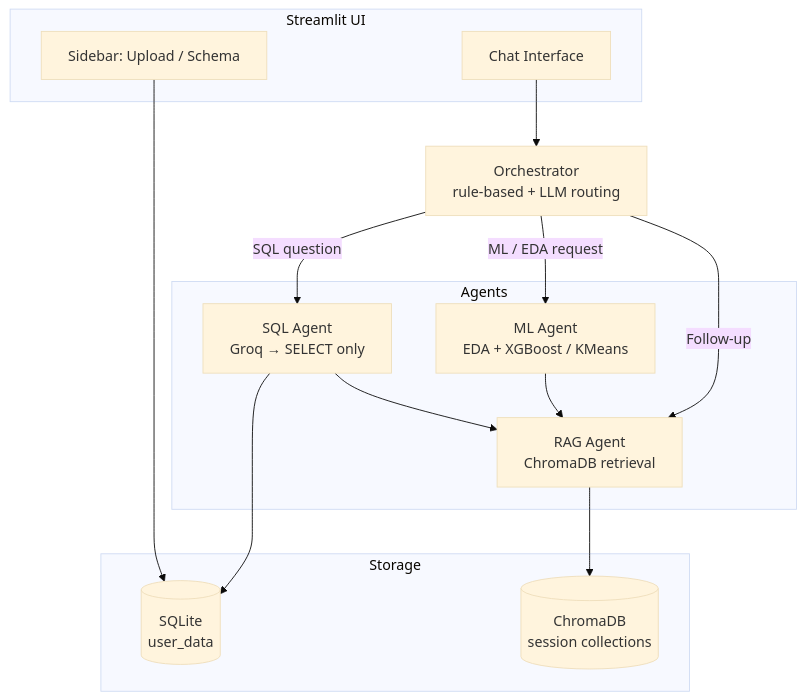
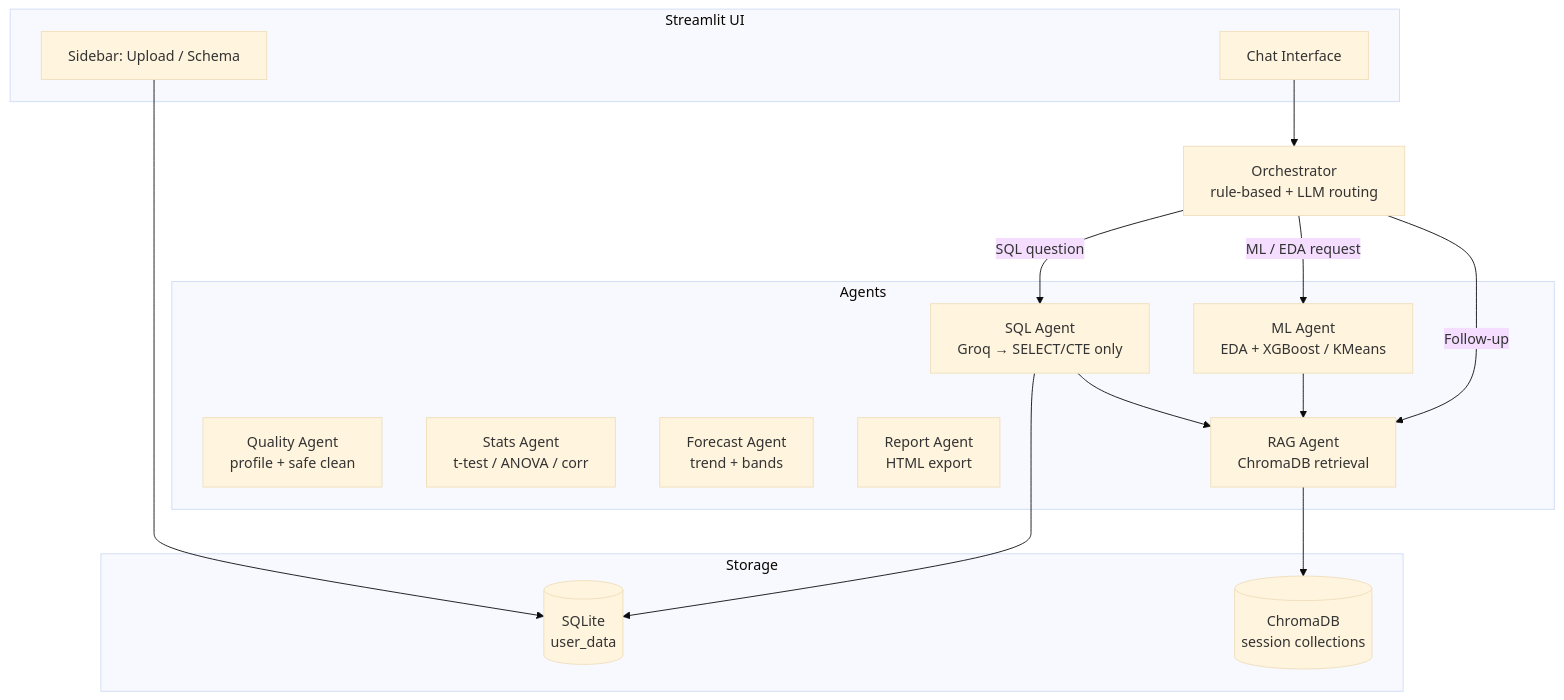
One commit to nishanttyagi28/agentic-data-analyst changed the diagram in README.md. Above: the diagram before and after it, drawn with Mermaid (base theme). The commit also changed other lines of this file and 11 other files, not shown here.

````diff
--- a/README.md
+++ b/README.md
@@ -63,30 +89,34 @@
 ```mermaid
 flowchart TB
     subgraph UI["Streamlit UI"]
         SB[Sidebar: Upload / Schema]
         CH[Chat Interface]
     end
 
     ORCH[Orchestrator<br/>rule-based + LLM routing]
 
     subgraph Agents
-        SQL[SQL Agent<br/>Groq → SELECT only]
+        QUAL[Quality Agent<br/>profile + safe clean]
+        SQL[SQL Agent<br/>Groq → SELECT/CTE only]
         ML[ML Agent<br/>EDA + XGBoost / KMeans]
+        STATS[Stats Agent<br/>t-test / ANOVA / corr]
+        FC[Forecast Agent<br/>trend + bands]
+        RPT[Report Agent<br/>HTML export]
         RAG[RAG Agent<br/>ChromaDB retrieval]
     end
 
     subgraph Storage
         SQLITE[(SQLite<br/>user_data)]
         CHROMA[(ChromaDB<br/>session collections)]
     end
 
     SB --> SQLITE
     CH --> ORCH
     ORCH -->|SQL question| SQL
     ORCH -->|ML / EDA request| ML
     ORCH -->|Follow-up| RAG
     SQL --> SQLITE
     SQL --> RAG
     ML --> RAG
     RAG --> CHROMA
 ```
````
